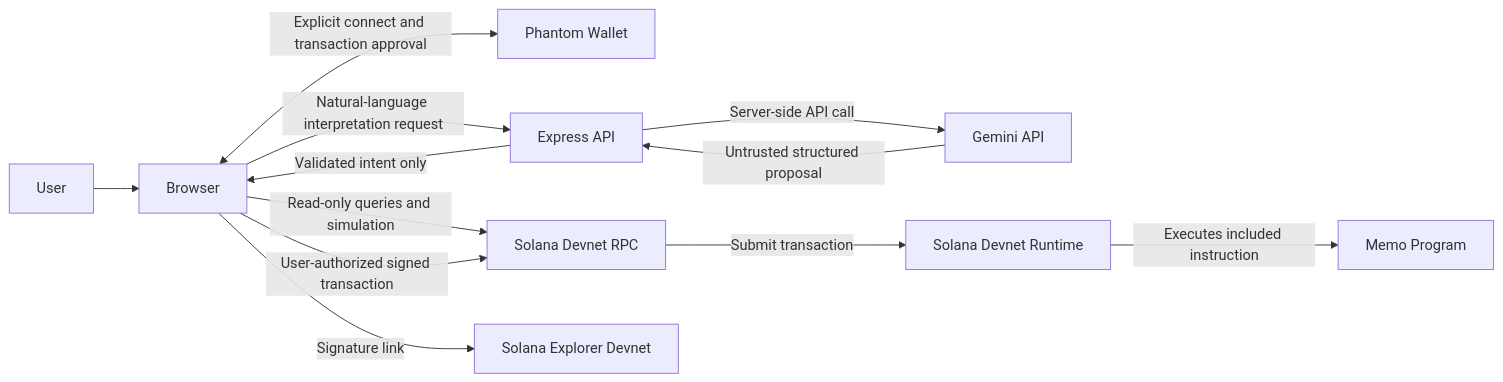
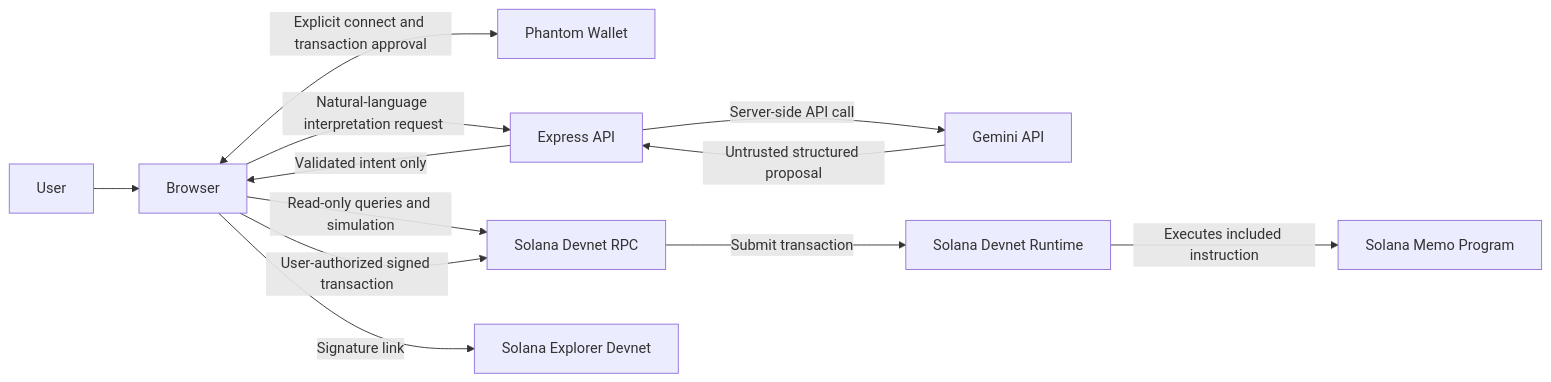
One commit to Biley7/solguard-ai. changed the diagram in docs/ARCHITECTURE.md. Above: the diagram before and after it, drawn with Mermaid. The commit also changed other lines of this file and 27 other files, not shown here.

````diff
--- a/docs/ARCHITECTURE.md
+++ b/docs/ARCHITECTURE.md
@@ -11,23 +11,23 @@
 ```mermaid
 flowchart LR
   User[User]
   Browser[Browser]
   Phantom[Phantom Wallet]
   API[Express API]
   Gemini[Gemini API]
   RPC[Solana Devnet RPC]
   Explorer[Solana Explorer Devnet]
-  Memo[Solana Memo Program]
+  MemoProgram[Solana Memo Program]
 
   User --> Browser
   Browser <-->|Explicit connect and transaction approval| Phantom
   Browser -->|Natural-language interpretation request| API
   API -->|Server-side API call| Gemini
   Gemini -->|Untrusted structured proposal| API
   API -->|Validated intent only| Browser
   Browser -->|Read-only queries and simulation| RPC
   Browser -->|User-authorized signed transaction| RPC
   RPC -->|Submit transaction| Runtime[Solana Devnet Runtime]
-  Runtime -->|Executes included instruction| Memo[Memo Program]
+  Runtime -->|Executes included instruction| MemoProgram
   Browser -->|Signature link| Explorer
 ```
````
